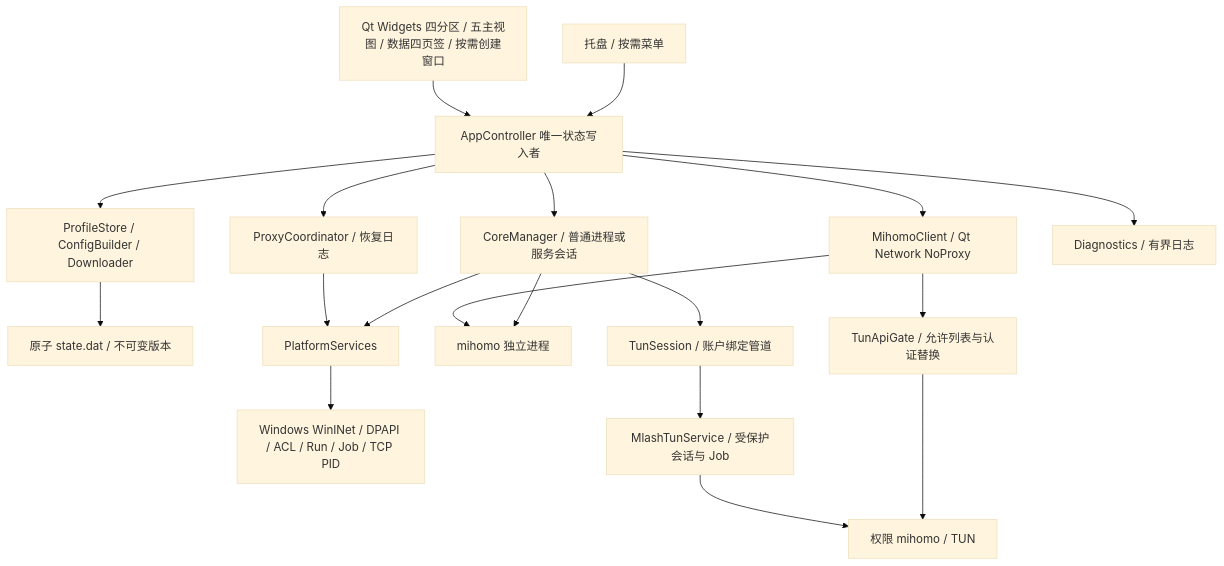
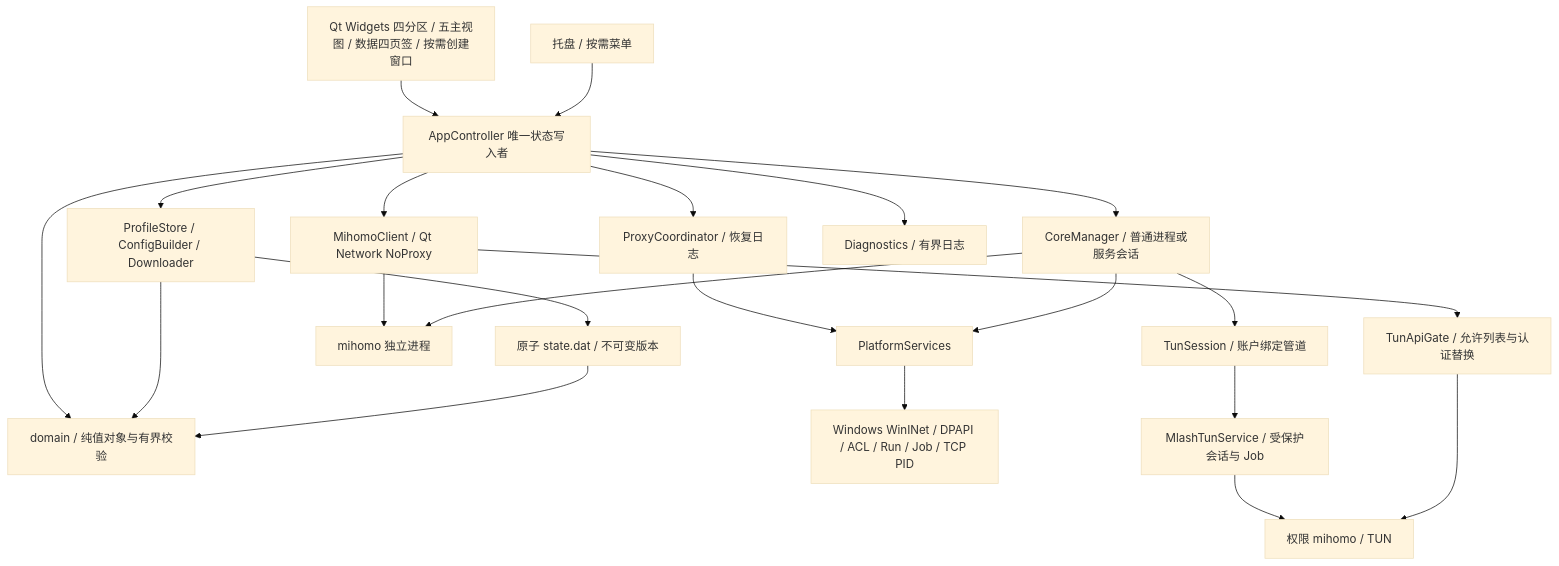
The diagram in docs/architecture.md (downdone/mlash), drawn with Mermaid (base theme) before and after one commit. The commit also changed other lines of this file and 204 other files, not shown here.

````diff
--- a/docs/architecture.md
+++ b/docs/architecture.md
@@ -7,21 +7,25 @@
 ```mermaid
 flowchart TD
+  Domain[domain / 纯值对象与有界校验]
   UI[Qt Widgets 四分区 / 五主视图 / 数据四页签 / 按需创建窗口] --> C[AppController 唯一状态写入者]
+  C --> Domain
+  P --> Domain
+  S --> Domain
   Tray[托盘 / 按需菜单] --> C
   C --> API[MihomoClient / Qt Network NoProxy]
   C --> CM[CoreManager / 普通进程或服务会话]
   C --> P[ProfileStore / ConfigBuilder / Downloader]
   C --> R[ProxyCoordinator / 恢复日志]
   C --> D[Diagnostics / 有界日志]
   P --> S[原子 state.dat / 不可变版本]
   R --> OS[PlatformServices]
   CM --> OS
   OS --> W[Windows WinINet / DPAPI / ACL / Run / Job / TCP PID]
   API --> Core[mihomo 独立进程]
   CM --> Core
   CM --> TS[TunSession / 账户绑定管道]
   TS --> SVC[MlashTunService / 受保护会话与 Job]
   SVC --> TC[权限 mihomo / TUN]
   API --> Gate[TunApiGate / 允许列表与认证替换]
   Gate --> TC
 ```
````
